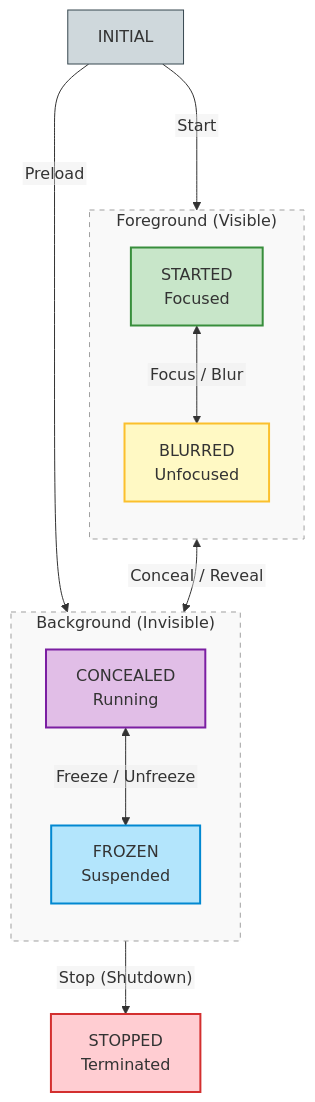
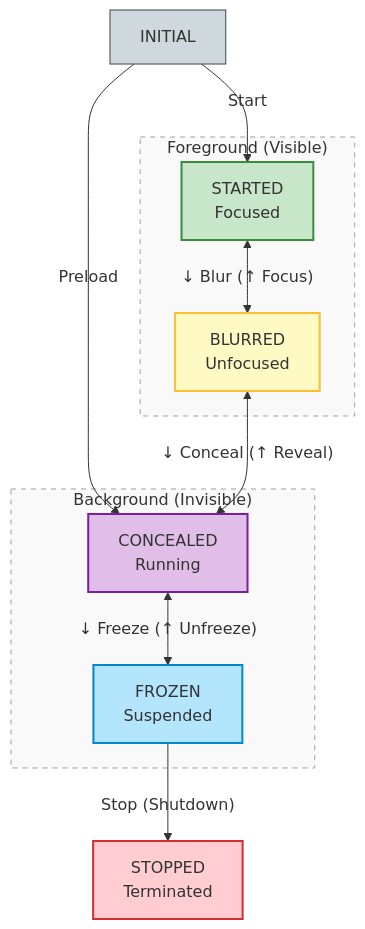
The first of 14 diagrams in cobalt/doc/lifecycle_internals.md (youtube/cobalt), drawn with Mermaid before and after one commit. The commit also changed other lines of this file and 5 other files, not shown here.

````diff
--- a/cobalt/doc/lifecycle_internals.md
+++ b/cobalt/doc/lifecycle_internals.md
@@ -11,46 +11,37 @@
 ```mermaid
 graph TD
-  %% Styling Definitions
-  %%{init: {"flowchart": {"htmlLabels": false}} }%%
-  classDef launcher fill:#CFD8DC,stroke:#37474F,stroke-width:1px;
-  classDef started fill:#C8E6C9,stroke:#388E3C,stroke-width:2px;
-  classDef blurred fill:#FFF9C4,stroke:#FBC02D,stroke-width:2px;
-  classDef concealed fill:#E1BEE7,stroke:#7B1FA2,stroke-width:2px;
-  classDef frozen fill:#B3E5FC,stroke:#0288D1,stroke-width:2px;
-  classDef stopped fill:#FFCDD2,stroke:#D32F2F,stroke-width:2px;
+  %%{init: {"flowchart": {"htmlLabels": false}, "themeVariables": {"edgeLabelBackground": "transparent"}} }%%
 
   %% Nodes Definitions
   Launcher[INITIAL]
 
   subgraph Foreground["Foreground (Visible)"]
-    direction TB
     Started[STARTED <br/> Focused]
     Blurred[BLURRED <br/> Unfocused]
   end
 
   subgraph Background["Background (Invisible)"]
-    direction TB
     Concealed[CONCEALED <br/> Running]
     Frozen[FROZEN <br/> Suspended]
   end
   Stopped[STOPPED <br/> Terminated]
 
   %% Apply Styles
-  class Launcher launcher;
-  class Started started;
-  class Blurred blurred;
-  class Concealed concealed;
-  class Frozen frozen;
-  class Stopped stopped;
+  style Launcher fill:#CFD8DC,stroke:#37474F,stroke-width:1px;
+  style Started fill:#C8E6C9,stroke:#388E3C,stroke-width:2px;
+  style Blurred fill:#FFF9C4,stroke:#FBC02D,stroke-width:2px;
+  style Concealed fill:#E1BEE7,stroke:#7B1FA2,stroke-width:2px;
+  style Frozen fill:#B3E5FC,stroke:#0288D1,stroke-width:2px;
+  style Stopped fill:#FFCDD2,stroke:#D32F2F,stroke-width:2px;
   style Foreground fill:#F9F9F9,stroke:#A0A0A0,stroke-width:1px,stroke-dasharray: 5;
   style Background fill:#F9F9F9,stroke:#A0A0A0,stroke-width:1px,stroke-dasharray: 5;
 
   %% Transition Edges (Acyclic Double-Headed Column to force clean vertical layout)
   Launcher -->|"Start"| Started
-  Launcher ---->|"Preload"| Concealed
+  Launcher -->|"Preload"| Concealed
 
-  Started <-->|"Focus / Blur"| Blurred
-  Blurred <-->|"Conceal / Reveal"| Concealed
-  Concealed <-->|"Freeze / Unfreeze"| Frozen
+  Started <-->|"↓ Blur (↑ Focus)"| Blurred
+  Blurred <-->|"↓ Conceal (↑ Reveal)"| Concealed
+  Concealed <-->|"↓ Freeze (↑ Unfreeze)"| Frozen
   Frozen -->|"Stop (Shutdown)"| Stopped
 ```
````
